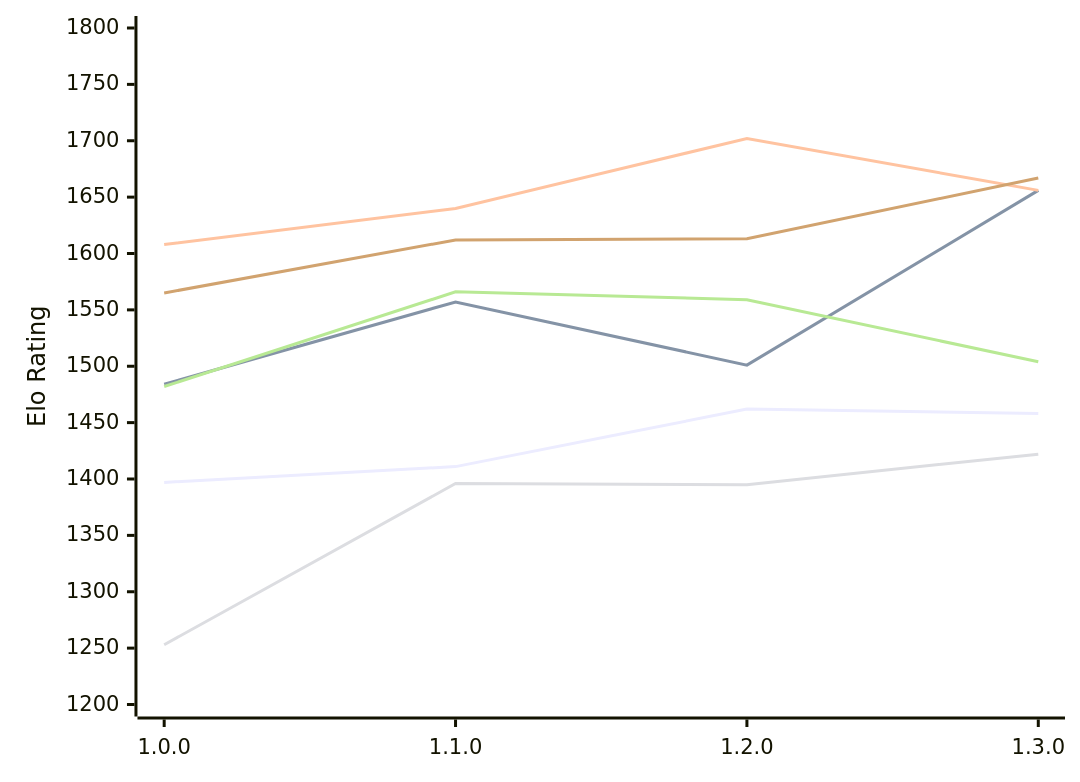
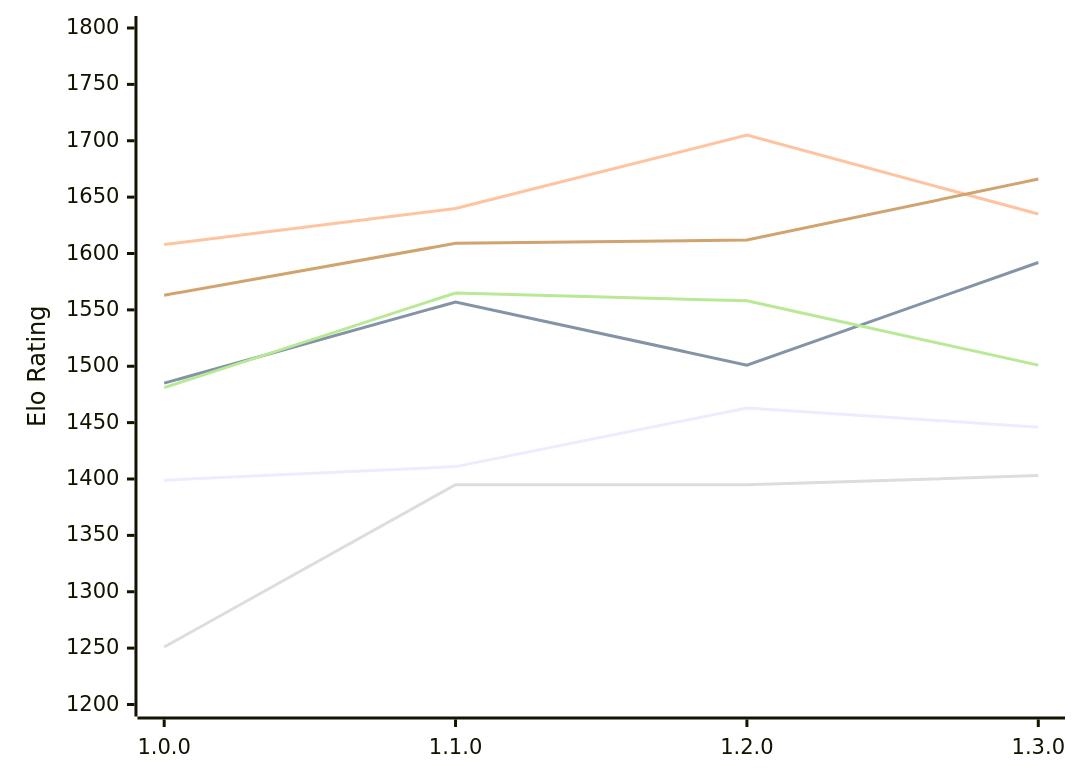
One commit to computer-chess-index/cci changed the diagram in engines/Klak.md. Above: the diagram before and after it, drawn with Mermaid. The commit also changed other lines of this file, not shown here.

Commit message:
Update CCI Ratings (ELO VLTC) - 2026-11-19

````diff
--- a/engines/Klak.md
+++ b/engines/Klak.md
@@ -53,12 +53,12 @@
 ```mermaid
 %%{init: {"theme":"base","themeVariables":{"seriesColors:['#a3a3a3','#222221','#faa371']}}}%%
 xychart-beta
   x-axis ["1.0.0", "1.1.0", "1.2.0", "1.3.0"]
   y-axis "Elo Rating" 1200 --> 1800
-  line "E1: STC (8.0+0.08s)" [1397, 1411, 1462, 1458]
-  line "E1: LTC (60.0+0.60s)" [1484, 1557, 1501, 1656]
-  line "E1: VLTC (2m24s+1.12s)" [1608, 1640, 1702, 1656]
-  line "P1: STC (8.0+0.08s)" [1253, 1396, 1395, 1422]
-  line "P1: LTC (60.0+0.60s)" [1482, 1566, 1559, 1504]
-  line "P1: VLTC (2m24s+1.12s)" [1565, 1612, 1613, 1667]
+  line "E1: STC (8.0+0.08s)" [1399, 1411, 1463, 1446]
+  line "E1: LTC (60.0+0.60s)" [1485, 1557, 1501, 1592]
+  line "E1: VLTC (2m24s+1.12s)" [1608, 1640, 1705, 1635]
+  line "P1: STC (8.0+0.08s)" [1251, 1395, 1395, 1403]
+  line "P1: LTC (60.0+0.60s)" [1481, 1565, 1558, 1501]
+  line "P1: VLTC (2m24s+1.12s)" [1563, 1609, 1612, 1666]
 ```
````
